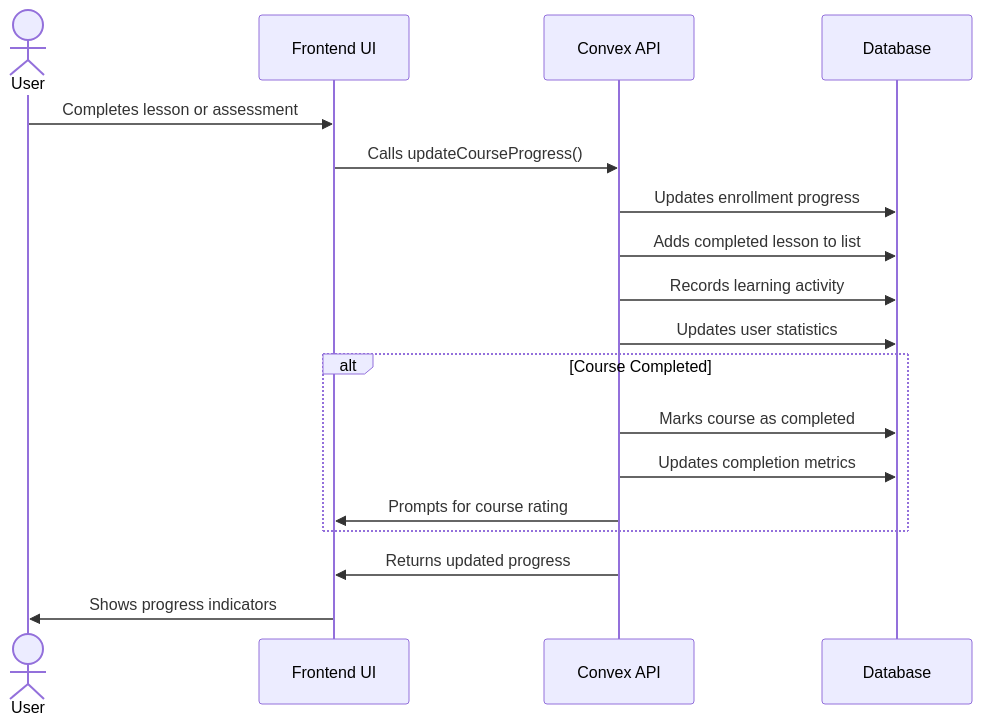
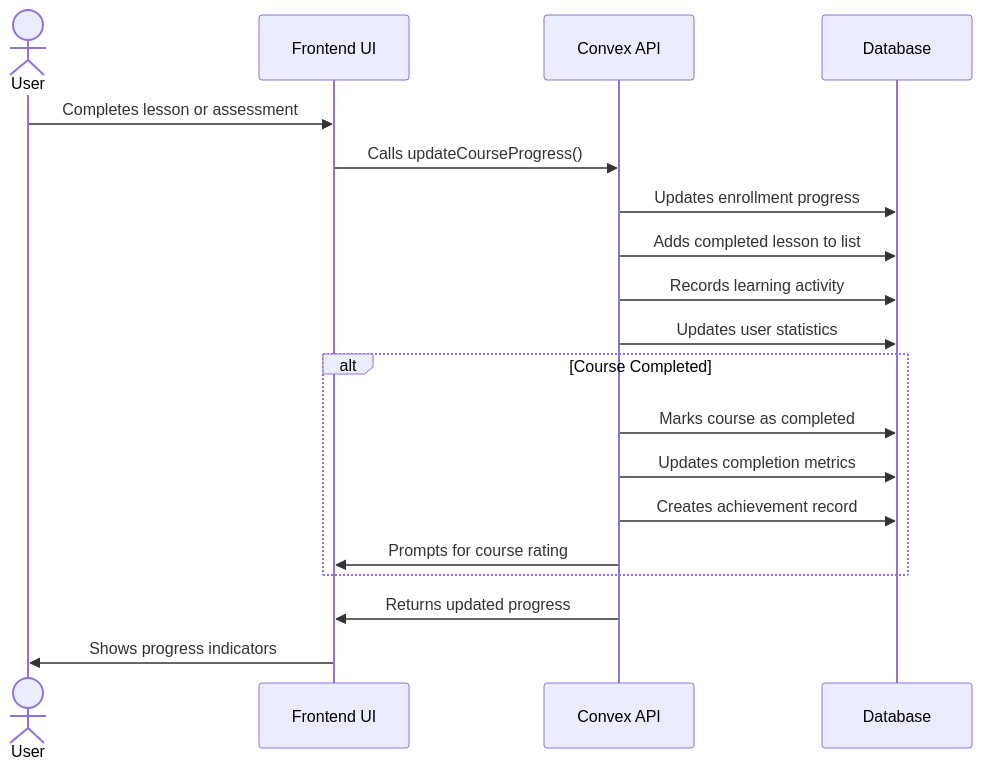
The fourth of 8 diagrams in docs/DATABASE_ARCHITECTURE.md (codeKobby/tenzzen-app), drawn with Mermaid before and after one commit. The commit also changed other lines of this file and 13 other files, not shown here.

````diff
--- a/docs/DATABASE_ARCHITECTURE.md
+++ b/docs/DATABASE_ARCHITECTURE.md
@@ -337,23 +401,24 @@
 ```mermaid
 sequenceDiagram
     actor User
     participant UI as Frontend UI
     participant API as Convex API
     participant DB as Database
 
     User->>UI: Completes lesson or assessment
     UI->>API: Calls updateCourseProgress()
     API->>DB: Updates enrollment progress
     API->>DB: Adds completed lesson to list
     API->>DB: Records learning activity
     API->>DB: Updates user statistics
 
     alt Course Completed
         API->>DB: Marks course as completed
         API->>DB: Updates completion metrics
+        API->>DB: Creates achievement record
         API->>UI: Prompts for course rating
     end
 
     API->>UI: Returns updated progress
     UI->>User: Shows progress indicators
 ```
````
